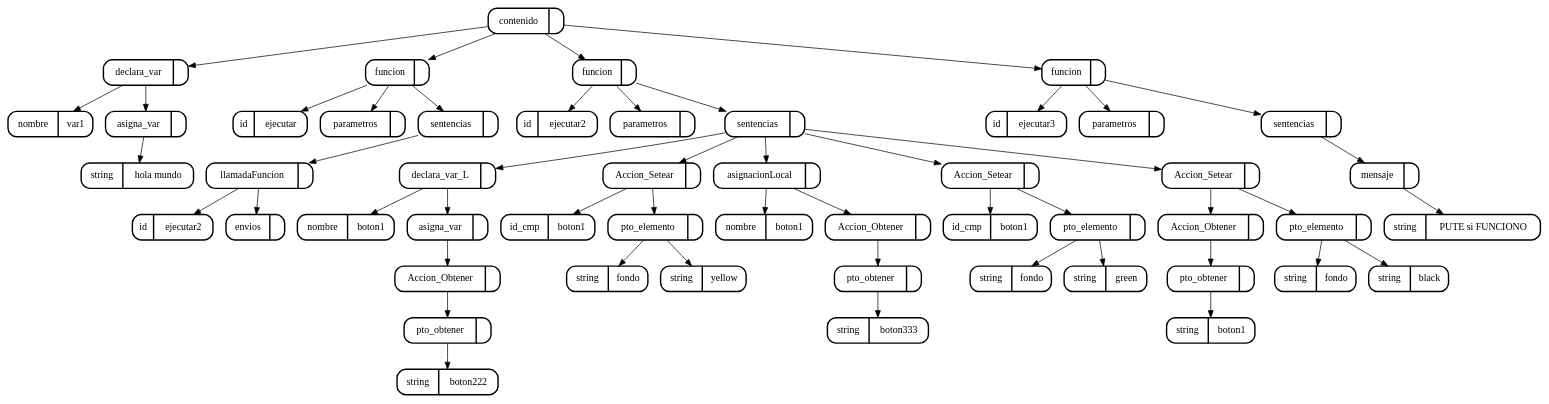
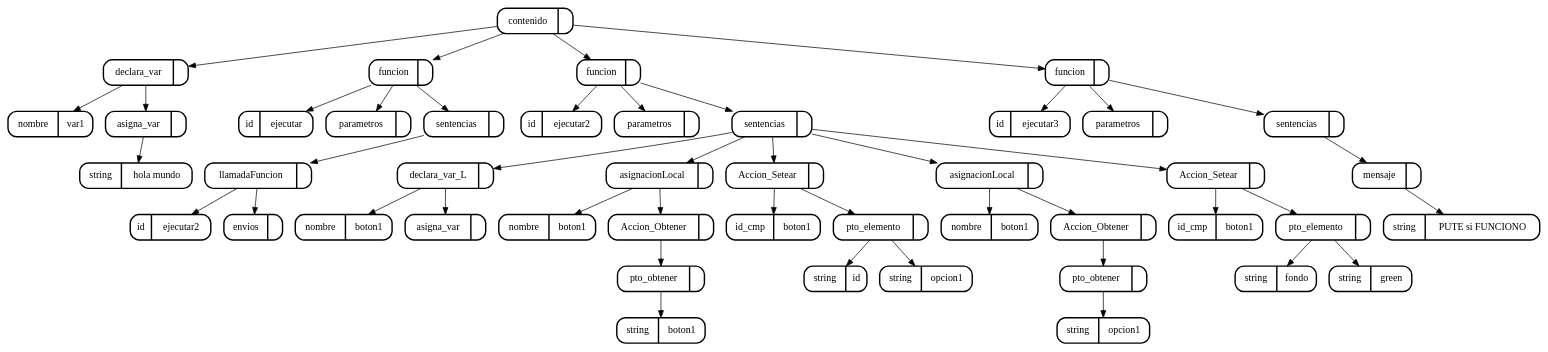
The diagram in USAC_WEB/Imagenes/arbol_cjs.dot (skrillfer/1s2018_CMP2P1), drawn with Graphviz before and after one commit. The commit also changed 13 other files, not shown here.

```diff
--- a/USAC_WEB/Imagenes/arbol_cjs.dot
+++ b/USAC_WEB/Imagenes/arbol_cjs.dot
@@ -1,103 +1,93 @@
 digraph G {
 node[shape=Mrecord]
 5[label="contenido | ",style=bold]
 3[label="declara_var | ",style=bold]
 {5}->{3}
 4[label="nombre | var1",style=bold]
 {3}->{4}
 2[label="asigna_var | ",style=bold]
 {3}->{2}
 1[label="string | hola mundo",style=bold]
 {2}->{1}
 11[label="funcion | ",style=bold]
 {5}->{11}
 12[label="id | ejecutar",style=bold]
 {11}->{12}
 6[label="parametros | ",style=bold]
 {11}->{6}
 10[label="sentencias | ",style=bold]
 {11}->{10}
 8[label="llamadaFuncion | ",style=bold]
 {10}->{8}
 9[label="id | ejecutar2",style=bold]
 {8}->{9}
 7[label="envios | ",style=bold]
 {8}->{7}
-43[label="funcion | ",style=bold]
-{5}->{43}
-44[label="id | ejecutar2",style=bold]
-{43}->{44}
+38[label="funcion | ",style=bold]
+{5}->{38}
+39[label="id | ejecutar2",style=bold]
+{38}->{39}
 13[label="parametros | ",style=bold]
-{43}->{13}
-20[label="sentencias | ",style=bold]
-{43}->{20}
-18[label="declara_var_L | ",style=bold]
-{20}->{18}
-19[label="nombre | boton1",style=bold]
-{18}->{19}
-17[label="asigna_var | ",style=bold]
-{18}->{17}
-16[label="Accion_Obtener | ",style=bold]
-{17}->{16}
-15[label="pto_obtener | ",style=bold]
-{16}->{15}
-14[label="string | boton222",style=bold]
+{38}->{13}
+17[label="sentencias | ",style=bold]
+{38}->{17}
+15[label="declara_var_L | ",style=bold]
+{17}->{15}
+16[label="nombre | boton1",style=bold]
+{15}->{16}
+14[label="asigna_var | ",style=bold]
 {15}->{14}
-24[label="Accion_Setear | ",style=bold]
-{20}->{24}
-25[label="id_cmp | boton1",style=bold]
-{24}->{25}
-23[label="pto_elemento | ",style=bold]
-{24}->{23}
-21[label="string | fondo",style=bold]
-{23}->{21}
-22[label="string | yellow",style=bold]
-{23}->{22}
-29[label="asignacionLocal | ",style=bold]
-{20}->{29}
-30[label="nombre | boton1",style=bold]
-{29}->{30}
-28[label="Accion_Obtener | ",style=bold]
+21[label="asignacionLocal | ",style=bold]
+{17}->{21}
+22[label="nombre | boton1",style=bold]
+{21}->{22}
+20[label="Accion_Obtener | ",style=bold]
+{21}->{20}
+19[label="pto_obtener | ",style=bold]
+{20}->{19}
+18[label="string | boton1",style=bold]
+{19}->{18}
+26[label="Accion_Setear | ",style=bold]
+{17}->{26}
+27[label="id_cmp | boton1",style=bold]
+{26}->{27}
+25[label="pto_elemento | ",style=bold]
+{26}->{25}
+23[label="string | id",style=bold]
+{25}->{23}
+24[label="string | opcion1",style=bold]
+{25}->{24}
+31[label="asignacionLocal | ",style=bold]
+{17}->{31}
+32[label="nombre | boton1",style=bold]
+{31}->{32}
+30[label="Accion_Obtener | ",style=bold]
+{31}->{30}
+29[label="pto_obtener | ",style=bold]
+{30}->{29}
+28[label="string | opcion1",style=bold]
 {29}->{28}
-27[label="pto_obtener | ",style=bold]
-{28}->{27}
-26[label="string | boton333",style=bold]
-{27}->{26}
-34[label="Accion_Setear | ",style=bold]
-{20}->{34}
-35[label="id_cmp | boton1",style=bold]
-{34}->{35}
-33[label="pto_elemento | ",style=bold]
-{34}->{33}
-31[label="string | fondo",style=bold]
-{33}->{31}
-32[label="string | green",style=bold]
-{33}->{32}
-42[label="Accion_Setear | ",style=bold]
-{20}->{42}
-38[label="Accion_Obtener | ",style=bold]
-{42}->{38}
-37[label="pto_obtener | ",style=bold]
-{38}->{37}
-36[label="string | boton1",style=bold]
-{37}->{36}
-41[label="pto_elemento | ",style=bold]
+36[label="Accion_Setear | ",style=bold]
+{17}->{36}
+37[label="id_cmp | boton1",style=bold]
+{36}->{37}
+35[label="pto_elemento | ",style=bold]
+{36}->{35}
+33[label="string | fondo",style=bold]
+{35}->{33}
+34[label="string | green",style=bold]
+{35}->{34}
+44[label="funcion | ",style=bold]
+{5}->{44}
+45[label="id | ejecutar3",style=bold]
+{44}->{45}
+40[label="parametros | ",style=bold]
+{44}->{40}
+43[label="sentencias | ",style=bold]
+{44}->{43}
+42[label="mensaje | ",style=bold]
+{43}->{42}
+41[label="string | PUTE si FUNCIONO",style=bold]
 {42}->{41}
-39[label="string | fondo",style=bold]
-{41}->{39}
-40[label="string | black",style=bold]
-{41}->{40}
-49[label="funcion | ",style=bold]
-{5}->{49}
-50[label="id | ejecutar3",style=bold]
-{49}->{50}
-45[label="parametros | ",style=bold]
-{49}->{45}
-48[label="sentencias | ",style=bold]
-{49}->{48}
-47[label="mensaje | ",style=bold]
-{48}->{47}
-46[label="string | PUTE si FUNCIONO",style=bold]
-{47}->{46}
 
 }
```
